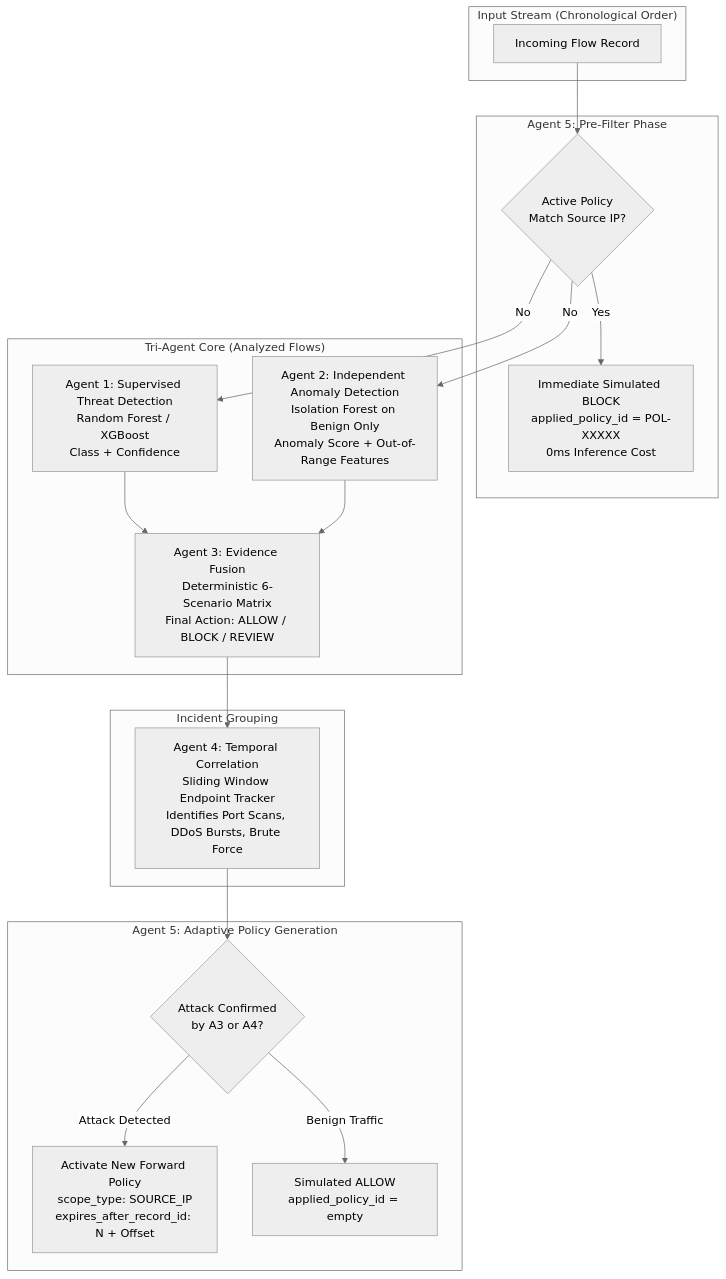
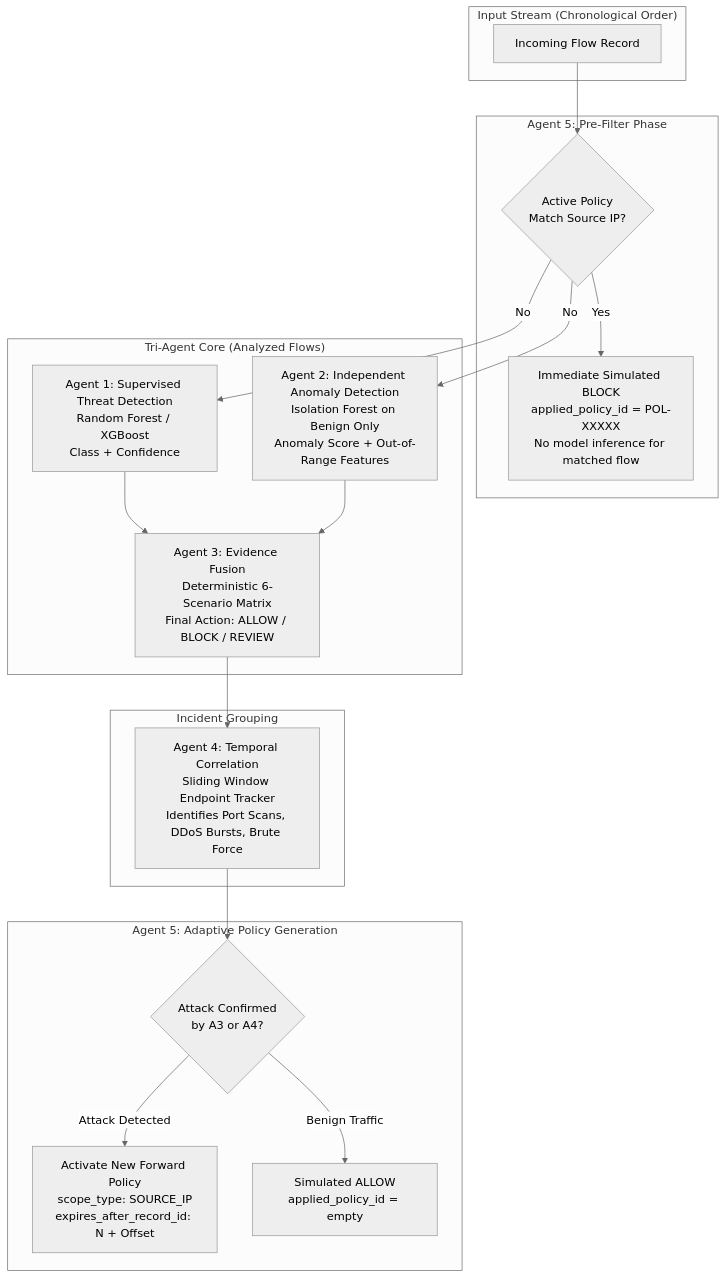
One commit to Aarush-JIIT-2030/jai changed the diagram in docs/level2-brief.md. Above: the diagram before and after it, drawn with Mermaid (neutral theme). The commit also changed other lines of this file and 18 other files, not shown here.

````diff
--- a/docs/level2-brief.md
+++ b/docs/level2-brief.md
@@ -7,36 +7,36 @@
 ```mermaid
 flowchart TD
     subgraph Ingestion["Input Stream (Chronological Order)"]
         F[Incoming Flow Record]
     end
 
     subgraph A5_Pre["Agent 5: Pre-Filter Phase"]
         PF{Active Policy<br/>Match Source IP?}
-        BLK[Immediate Simulated BLOCK<br/>applied_policy_id = POL-XXXXX<br/>0ms Inference Cost]
+        BLK[Immediate Simulated BLOCK<br/>applied_policy_id = POL-XXXXX<br/>No model inference for matched flow]
     end
 
     subgraph Detection["Tri-Agent Core (Analyzed Flows)"]
         A1[Agent 1: Supervised Threat Detection<br/>Random Forest / XGBoost<br/>Class + Confidence]
         A2[Agent 2: Independent Anomaly Detection<br/>Isolation Forest on Benign Only<br/>Anomaly Score + Out-of-Range Features]
         A3[Agent 3: Evidence Fusion<br/>Deterministic 6-Scenario Matrix<br/>Final Action: ALLOW / BLOCK / REVIEW]
     end
 
     subgraph Correlation["Incident Grouping"]
         A4[Agent 4: Temporal Correlation<br/>Sliding Window Endpoint Tracker<br/>Identifies Port Scans, DDoS Bursts, Brute Force]
     end
 
     subgraph A5_Post["Agent 5: Adaptive Policy Generation"]
         PG{Attack Confirmed<br/>by A3 or A4?}
         POL[Activate New Forward Policy<br/>scope_type: SOURCE_IP<br/>expires_after_record_id: N + Offset]
         ALW[Simulated ALLOW<br/>applied_policy_id = empty]
     end
 
     F --> PF
     PF -- Yes --> BLK
     PF -- No --> A1 & A2
     A1 & A2 --> A3
     A3 --> A4
     A4 --> PG
     PG -- Attack Detected --> POL
     PG -- Benign Traffic --> ALW
 ```
````
